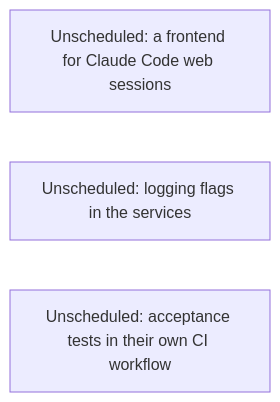
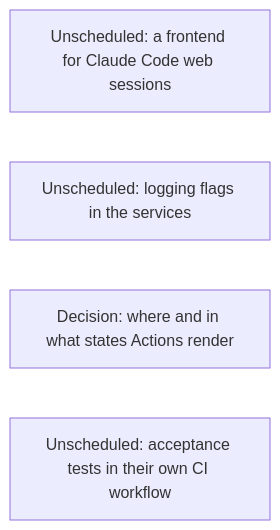
Before and after one commit to agentydragon-agent/ducktape: the seventh of 15 diagrams in agentplane/plans/task_dag.md, drawn with Mermaid. The commit also changed other lines of this file, not shown here.

````diff
--- a/agentplane/plans/task_dag.md
+++ b/agentplane/plans/task_dag.md
@@ -464,6 +464,7 @@
 ```mermaid
 flowchart LR
     CLAUDE_CODE_WEB_BRIDGE[Unscheduled: a frontend for Claude Code web sessions]
     SERVICE_LOG_FLAGS[Unscheduled: logging flags in the services]
+    ACTION_SURFACES_DESIGN[Decision: where and in what states Actions render]
     ISOLATED_ACCEPTANCE_CI[Unscheduled: acceptance tests in their own CI workflow]
 ```
````
